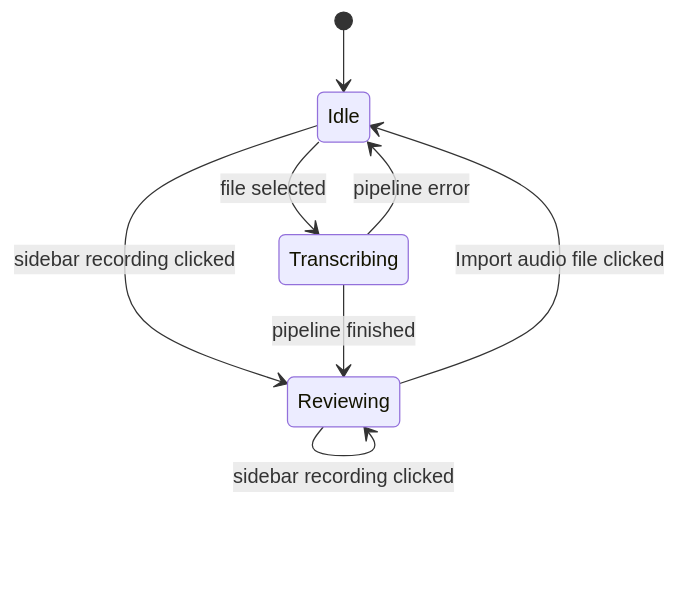
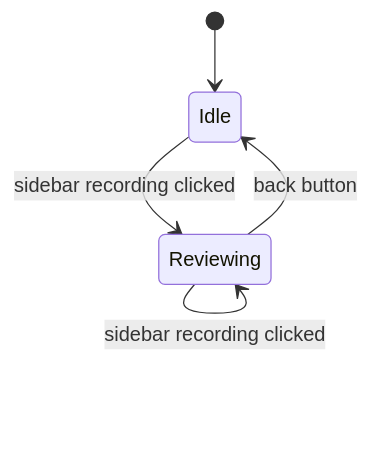
The first of 4 diagrams in docs/docs/system/state-machine.md (theoceankit/sonurus), drawn with Mermaid before and after one commit. The commit also changed other lines of this file and 3 other files, not shown here.

````diff
--- a/docs/docs/system/state-machine.md
+++ b/docs/docs/system/state-machine.md
@@ -15,11 +15,8 @@
 ```mermaid
 stateDiagram-v2
     [*] --> Idle
 
-    Idle --> Transcribing : file selected
     Idle --> Reviewing : sidebar recording clicked
-    Transcribing --> Reviewing : pipeline finished
-    Transcribing --> Idle : pipeline error
-    Reviewing --> Idle : Import audio file clicked
+    Reviewing --> Idle : back button
     Reviewing --> Reviewing : sidebar recording clicked
 ```
````
